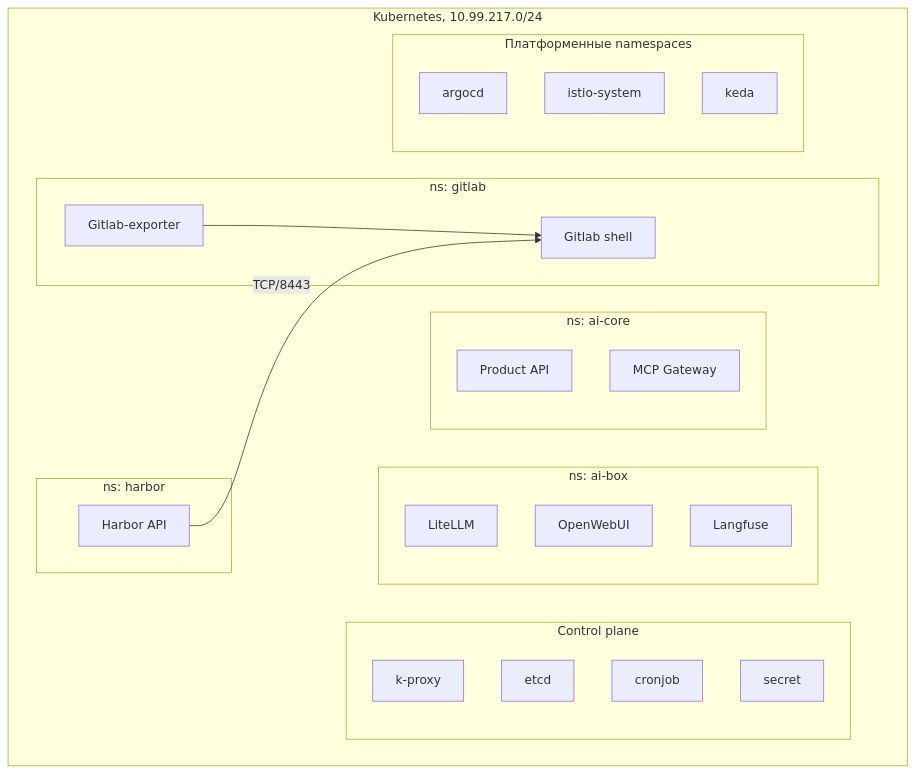
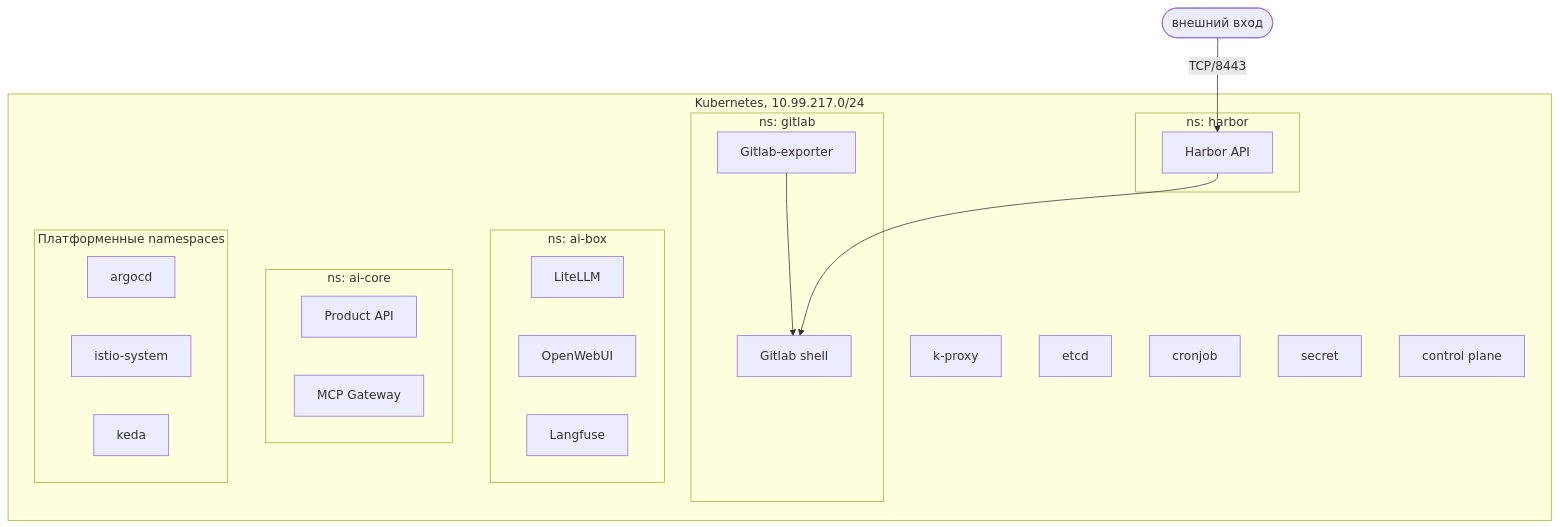
Before and after one commit to Dosipo/workspace-docs: the diagram in content/6.devops-arhitektura/1.klaster.md, drawn with Mermaid. The commit also changed other lines of this file and 2 other files, not shown here.

Commit message:
AREA-208: правки по ревью (диаграмма, Kubernetes, sources)

````diff
--- a/content/6.devops-arhitektura/1.klaster.md
+++ b/content/6.devops-arhitektura/1.klaster.md
@@ -23,34 +26,34 @@
 ```mermaid
 flowchart TB
   subgraph K8s["Kubernetes, 10.99.217.0/24"]
-    subgraph CP["Control plane"]
-      kproxy[k-proxy]
-      etcd[etcd]
-      cronjob[cronjob]
-      secret[secret]
-    end
+    kproxy[k-proxy]
+    etcd[etcd]
+    cronjob[cronjob]
+    secret[secret]
+    cplane[control plane]
     subgraph gitlab["ns: gitlab"]
       gshell[Gitlab shell]
       gexp[Gitlab-exporter]
     end
     subgraph harbor["ns: harbor"]
       hapi[Harbor API]
     end
     subgraph aibox["ns: ai-box"]
       litellm[LiteLLM]
       openwebui[OpenWebUI]
       langfuse[Langfuse]
     end
     subgraph aicore["ns: ai-core"]
       papi[Product API]
       mcpgw[MCP Gateway]
     end
     subgraph infra["Платформенные namespaces"]
       argocd[argocd]
       istio[istio-system]
       keda[keda]
     end
   end
   gexp --> gshell
-  hapi -->|TCP/8443| gshell
+  hapi --> gshell
+  ext([внешний вход]) -->|TCP/8443| hapi
 ```
````
